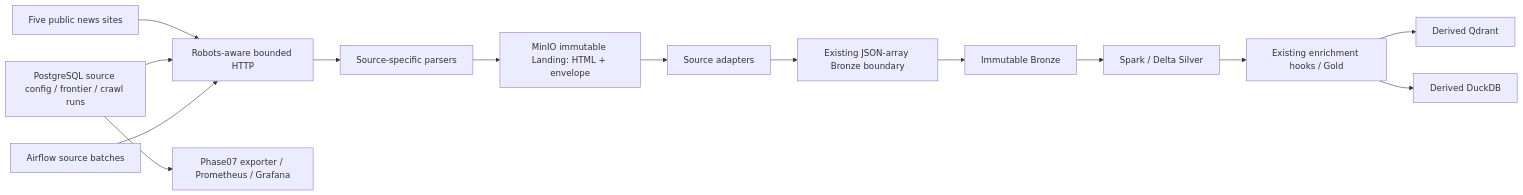
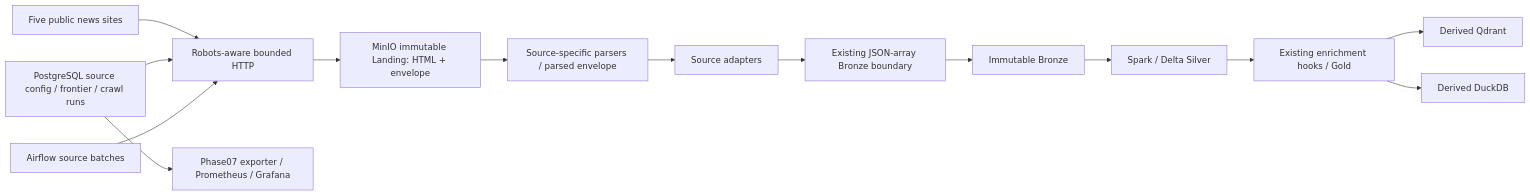
Before and after one commit to minhphu05/financial-news: the diagram in docs/crawling-architecture.md, drawn with Mermaid. The commit also changed other lines of this file and 18 other files, not shown here.

````diff
--- a/docs/crawling-architecture.md
+++ b/docs/crawling-architecture.md
@@ -5,16 +5,16 @@
 ```mermaid
 flowchart LR
   Sources[Five public news sites] --> HTTP[Robots-aware bounded HTTP]
-  HTTP --> Parsers[Source-specific parsers]
-  Parsers --> Landing[MinIO immutable Landing: HTML + envelope]
-  Landing --> Adapters[Source adapters]
+  HTTP --> Landing[MinIO immutable Landing: HTML + envelope]
+  Landing --> Parsers[Source-specific parsers / parsed envelope]
+  Parsers --> Adapters[Source adapters]
   Adapters --> Boundary[Existing JSON-array Bronze boundary]
   Boundary --> Bronze[Immutable Bronze]
   Bronze --> Silver[Spark / Delta Silver]
   Silver --> Gold[Existing enrichment hooks / Gold]
   Gold --> Qdrant[Derived Qdrant]
   Gold --> DuckDB[Derived DuckDB]
   PG[PostgreSQL source config / frontier / crawl runs] --> HTTP
   AF[Airflow source batches] --> HTTP
   PG --> Metrics[Phase07 exporter / Prometheus / Grafana]
 ```
````
